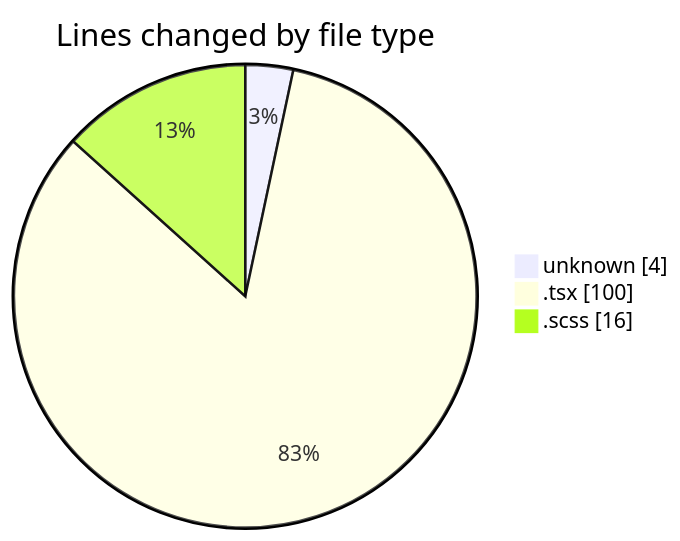
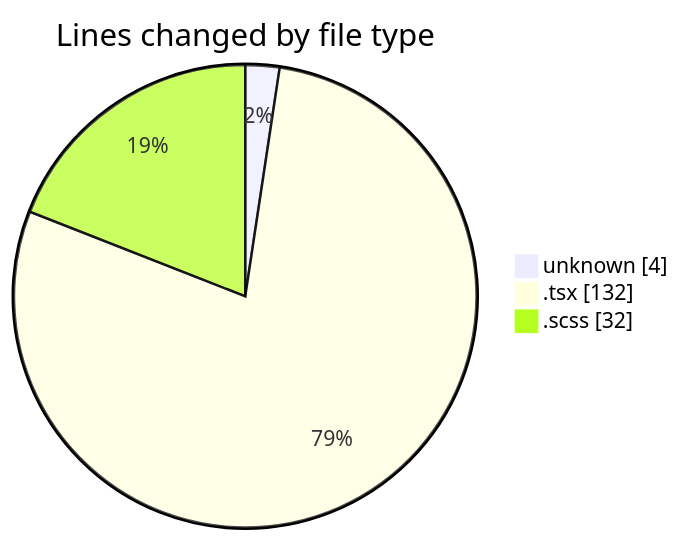
One commit to momahboobian/code-tracking changed the first of 2 diagrams in 2025-02-14/cda/README.md. Above: the diagram before and after it, drawn with Mermaid. The commit also changed other lines of this file and 1 other file, not shown here.

````diff
--- a/2025-02-14/cda/README.md
+++ b/2025-02-14/cda/README.md
@@ -22,7 +22,7 @@
 ```mermaid
 pie showData
 title Lines changed by file type
 "unknown" : 4
-".tsx" : 100
-".scss" : 16
+".tsx" : 132
+".scss" : 32
 ```
````
